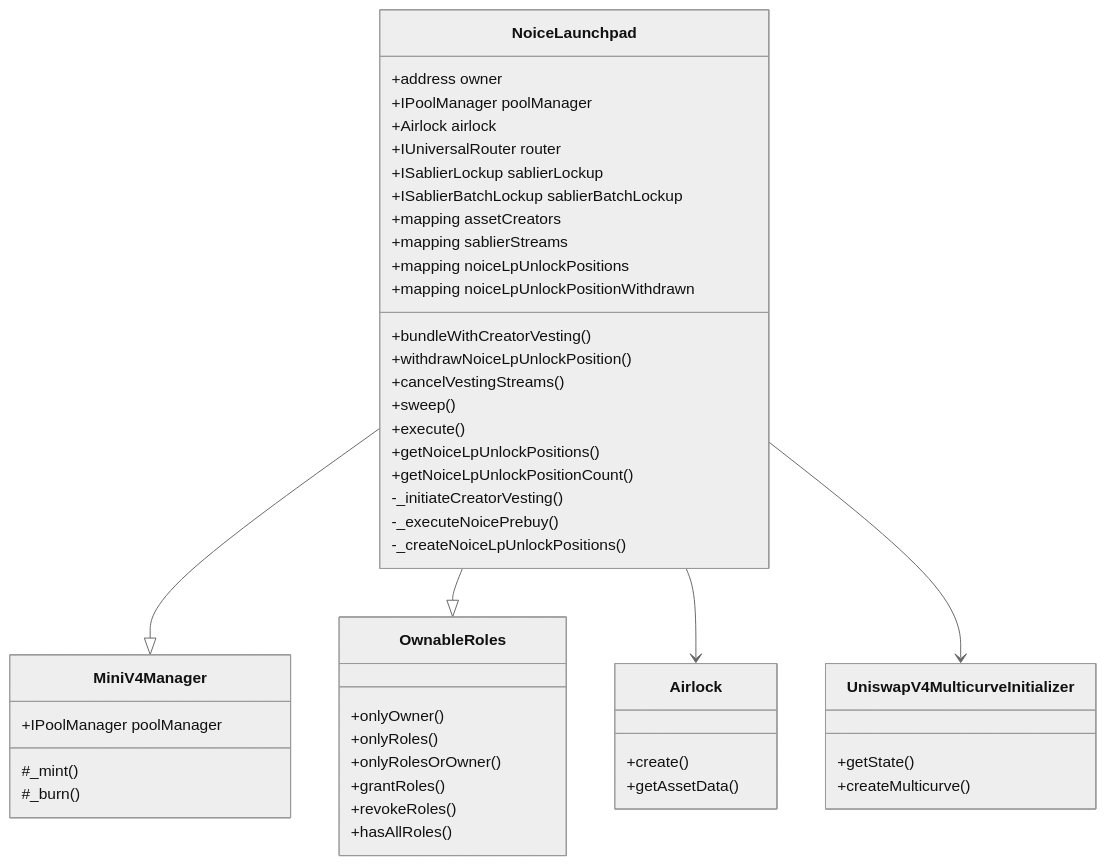
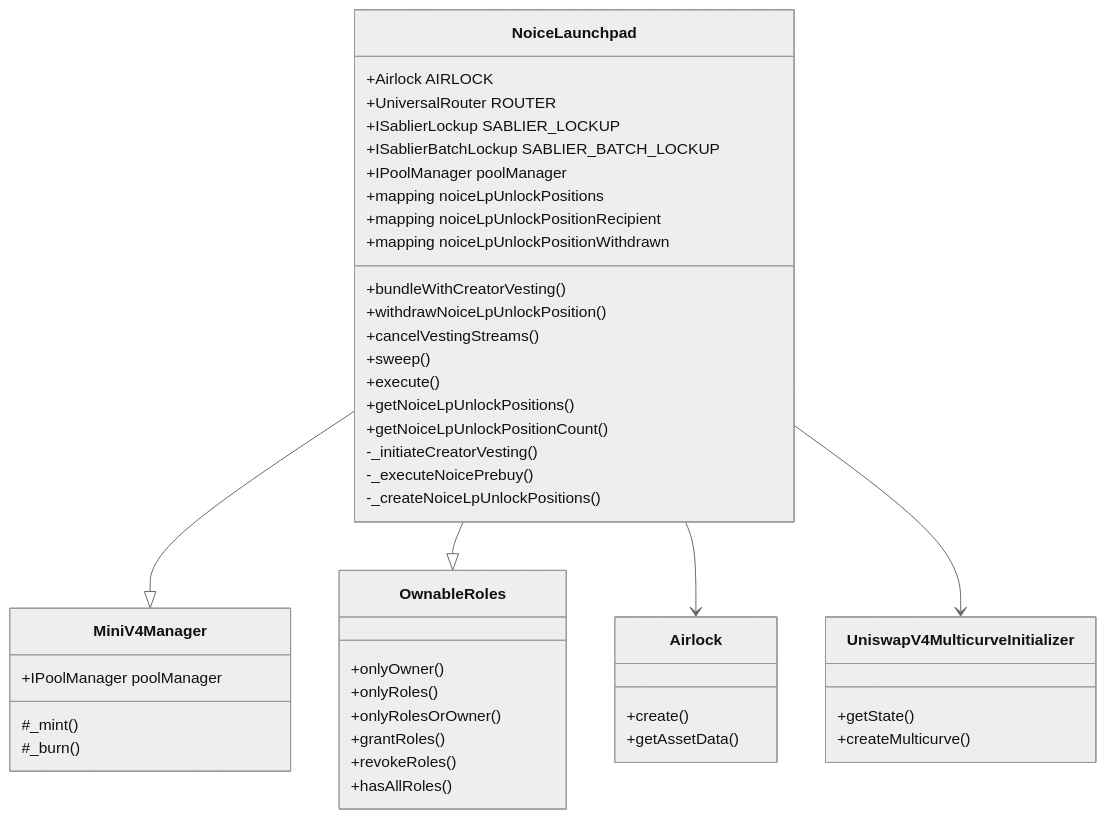
One commit to noiceengg/contracts changed the first of 7 diagrams in README.md. Above: the diagram before and after it, drawn with Mermaid (neutral theme). The commit also changed other lines of this file, not shown here.

````diff
--- a/README.md
+++ b/README.md
@@ -88,55 +88,53 @@
 ```mermaid
 classDiagram
     class NoiceLaunchpad {
-        +address owner
+        +Airlock AIRLOCK
+        +UniversalRouter ROUTER
+        +ISablierLockup SABLIER_LOCKUP
+        +ISablierBatchLockup SABLIER_BATCH_LOCKUP
         +IPoolManager poolManager
-        +Airlock airlock
-        +IUniversalRouter router
-        +ISablierLockup sablierLockup
-        +ISablierBatchLockup sablierBatchLockup
-        +mapping assetCreators
-        +mapping sablierStreams
         +mapping noiceLpUnlockPositions
+        +mapping noiceLpUnlockPositionRecipient
         +mapping noiceLpUnlockPositionWithdrawn
         +bundleWithCreatorVesting()
         +withdrawNoiceLpUnlockPosition()
         +cancelVestingStreams()
         +sweep()
         +execute()
         +getNoiceLpUnlockPositions()
         +getNoiceLpUnlockPositionCount()
         -_initiateCreatorVesting()
         -_executeNoicePrebuy()
         -_createNoiceLpUnlockPositions()
     }
 
     class MiniV4Manager {
         +IPoolManager poolManager
         #_mint()
         #_burn()
     }
 
     class OwnableRoles {
         +onlyOwner()
         +onlyRoles()
         +onlyRolesOrOwner()
         +grantRoles()
         +revokeRoles()
         +hasAllRoles()
     }
 
     class Airlock {
         +create()
         +getAssetData()
     }
 
     class UniswapV4MulticurveInitializer {
         +getState()
         +createMulticurve()
     }
 
     NoiceLaunchpad --|> MiniV4Manager
     NoiceLaunchpad --|> OwnableRoles
     NoiceLaunchpad --> Airlock
     NoiceLaunchpad --> UniswapV4MulticurveInitializer
 ```
````
